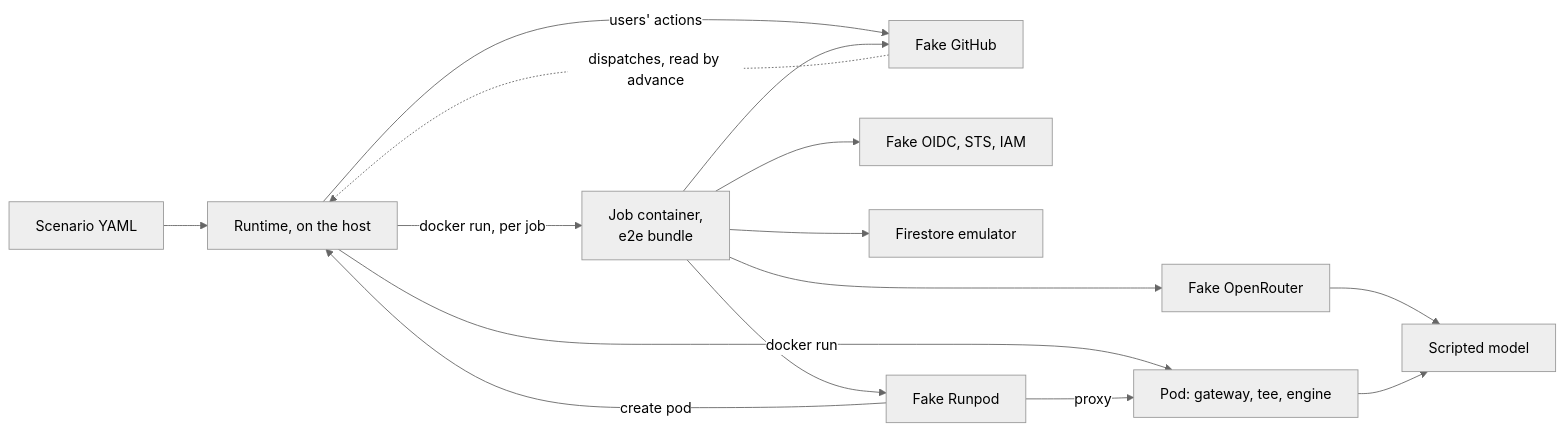
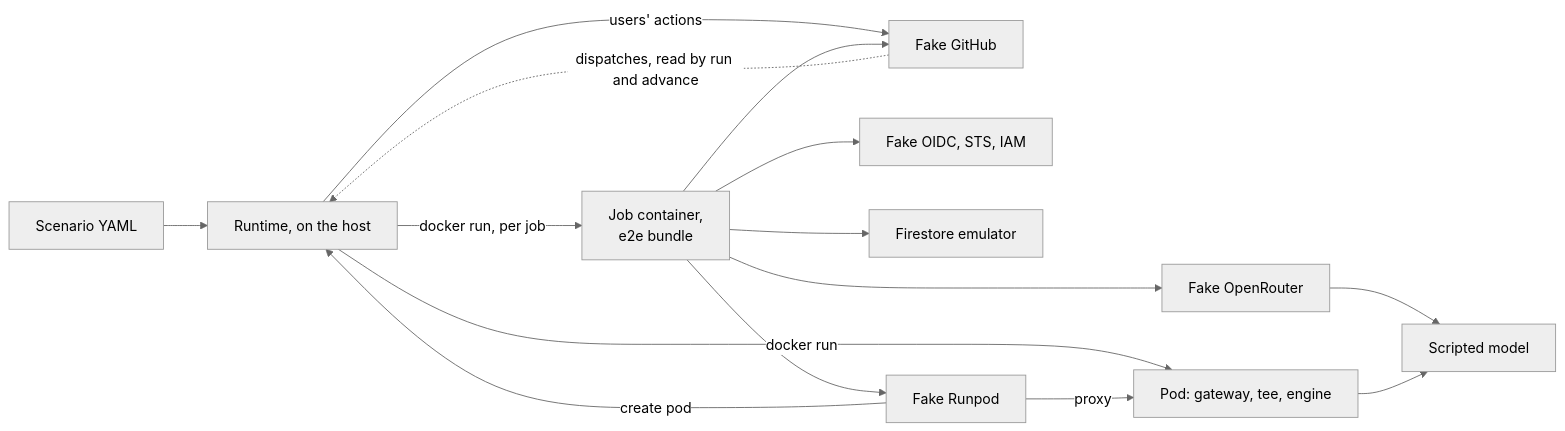
One commit to codenergy-dev/codeman changed the diagram in docs/development/e2e/suite.md. Above: the diagram before and after it, drawn with Mermaid (neutral theme). The commit also changed other lines of this file and 23 other files, not shown here.

First line of the commit message:
Close the e2e runtime's gaps: run chains, cancels, credits, status

````diff
--- a/docs/development/e2e/suite.md
+++ b/docs/development/e2e/suite.md
@@ -164,17 +171,17 @@
 ```mermaid
 flowchart LR
   scenario["Scenario YAML"] --> runtime["Runtime, on the host"]
   runtime -->|users' actions| github["Fake GitHub"]
   runtime -->|docker run, per job| job["Job container,<br/>e2e bundle"]
   job --> github
   job --> google["Fake OIDC, STS, IAM"]
   job --> firestore["Firestore emulator"]
   job --> openrouter["Fake OpenRouter"]
   job --> runpod["Fake Runpod"]
   openrouter --> llm["Scripted model"]
   runpod -->|create pod| runtime
   runtime -->|docker run| pod["Pod: gateway, tee, engine"]
   runpod -->|proxy| pod
   pod --> llm
-  github -.->|dispatches, read by advance| runtime
+  github -.->|dispatches, read by run and advance| runtime
 ```
````
